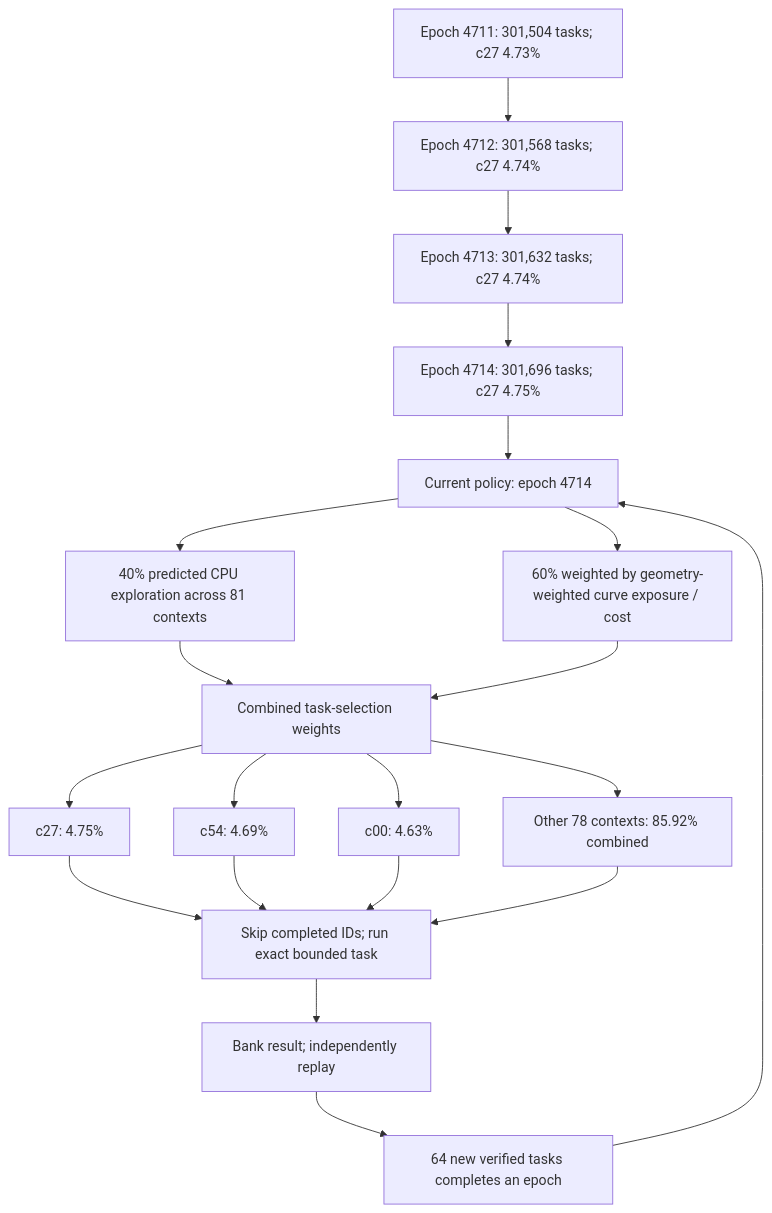
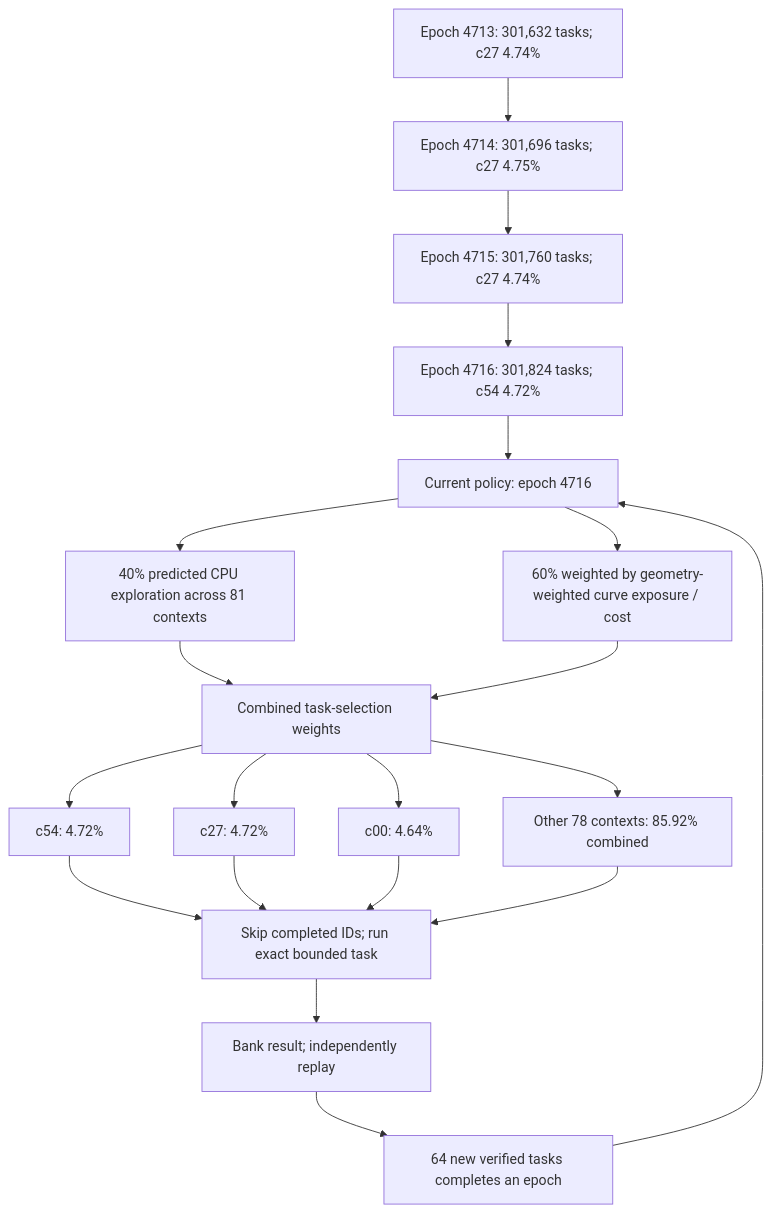
Before and after one commit to Kuberwastaken/math-gambling: the first of 3 diagrams in README.md, drawn with Mermaid. The commit also changed other lines of this file and 2772 other files, not shown here.

````diff
--- a/README.md
+++ b/README.md
@@ -60,27 +60,27 @@
 ```mermaid
 flowchart TD
-    H0["Epoch 4711: 301,504 tasks; c27 4.73%"]
-    H1["Epoch 4712: 301,568 tasks; c27 4.74%"]
+    H0["Epoch 4713: 301,632 tasks; c27 4.74%"]
+    H1["Epoch 4714: 301,696 tasks; c27 4.75%"]
     H0 --> H1
-    H2["Epoch 4713: 301,632 tasks; c27 4.74%"]
+    H2["Epoch 4715: 301,760 tasks; c27 4.74%"]
     H1 --> H2
-    H3["Epoch 4714: 301,696 tasks; c27 4.75%"]
+    H3["Epoch 4716: 301,824 tasks; c54 4.72%"]
     H2 --> H3
-    Policy["Current policy: epoch 4714"]
+    Policy["Current policy: epoch 4716"]
     H3 --> Policy
     Policy --> Explore["40% predicted CPU exploration across 81 contexts"]
     Policy --> Cost["60% weighted by geometry-weighted curve exposure / cost"]
     Explore --> Mix["Combined task-selection weights"]
     Cost --> Mix
-    Mix --> C0["c27: 4.75%"]
-    Mix --> C1["c54: 4.69%"]
-    Mix --> C2["c00: 4.63%"]
+    Mix --> C0["c54: 4.72%"]
+    Mix --> C1["c27: 4.72%"]
+    Mix --> C2["c00: 4.64%"]
     Mix --> Rest["Other 78 contexts: 85.92% combined"]
     C0 --> Check["Skip completed IDs; run exact bounded task"]
     C1 --> Check
     C2 --> Check
     Rest --> Check
     Check --> Replay["Bank result; independently replay"]
     Replay --> Gate["64 new verified tasks completes an epoch"]
     Gate --> Policy
 ```
````
